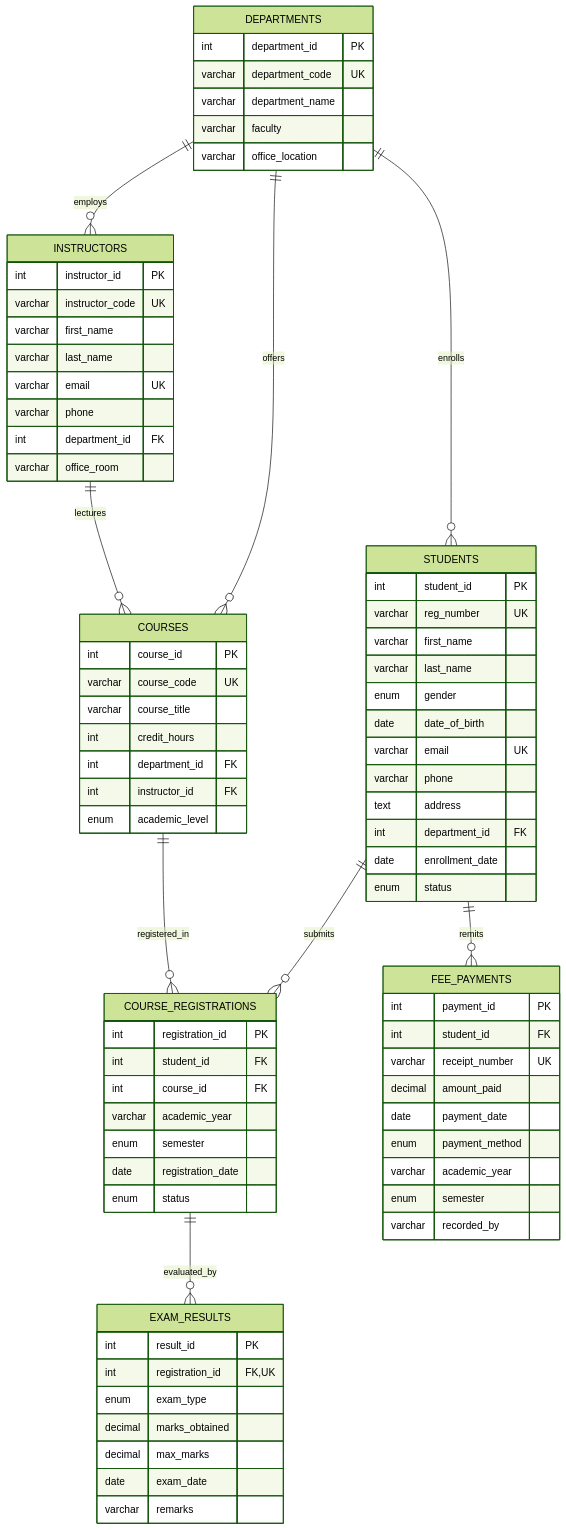
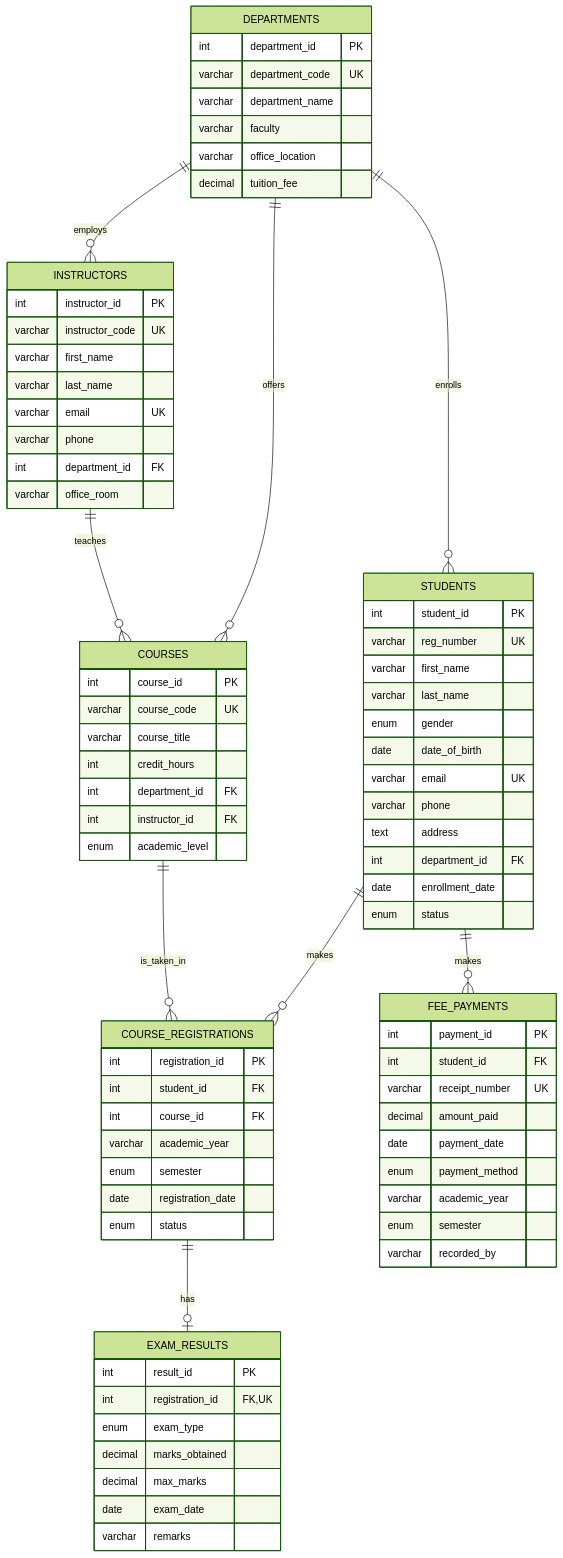
One commit to webers-grp/university_sims changed the diagram in docs/PROJECT_REPORT.md. Above: the diagram before and after it, drawn with Mermaid (forest theme). The commit also changed other lines of this file and 2 other files, not shown here.

```diff
--- a/docs/PROJECT_REPORT.md
+++ b/docs/PROJECT_REPORT.md
@@ -89,11 +109,11 @@
     DEPARTMENTS ||--o{ STUDENTS : "enrolls"
     DEPARTMENTS ||--o{ INSTRUCTORS : "employs"
     DEPARTMENTS ||--o{ COURSES : "offers"
-    INSTRUCTORS ||--o{ COURSES : "lectures"
-    STUDENTS ||--o{ COURSE_REGISTRATIONS : "submits"
-    COURSES ||--o{ COURSE_REGISTRATIONS : "registered_in"
-    COURSE_REGISTRATIONS ||--o{ EXAM_RESULTS : "evaluated_by"
-    STUDENTS ||--o{ FEE_PAYMENTS : "remits"
+    INSTRUCTORS ||--o{ COURSES : "teaches"
+    STUDENTS ||--o{ COURSE_REGISTRATIONS : "makes"
+    COURSES ||--o{ COURSE_REGISTRATIONS : "is_taken_in"
+    COURSE_REGISTRATIONS ||--o| EXAM_RESULTS : "has"
+    STUDENTS ||--o{ FEE_PAYMENTS : "makes"
 
     DEPARTMENTS {
         int department_id PK
@@ -101,6 +121,7 @@
         varchar department_name
         varchar faculty
         varchar office_location
+        decimal tuition_fee
     }
 
     INSTRUCTORS {
@@ -151,7 +172,7 @@
 
     EXAM_RESULTS {
         int result_id PK
-        int registration_id FK,UK
+        int registration_id FK, UK
         enum exam_type
         decimal marks_obtained
         decimal max_marks
```
